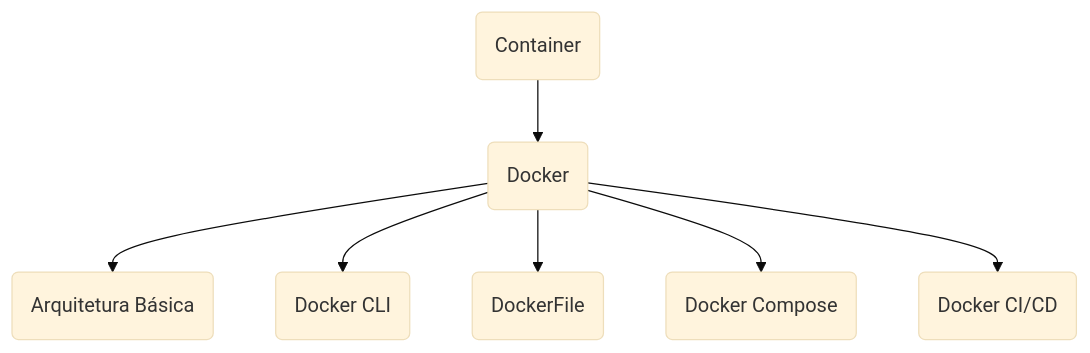
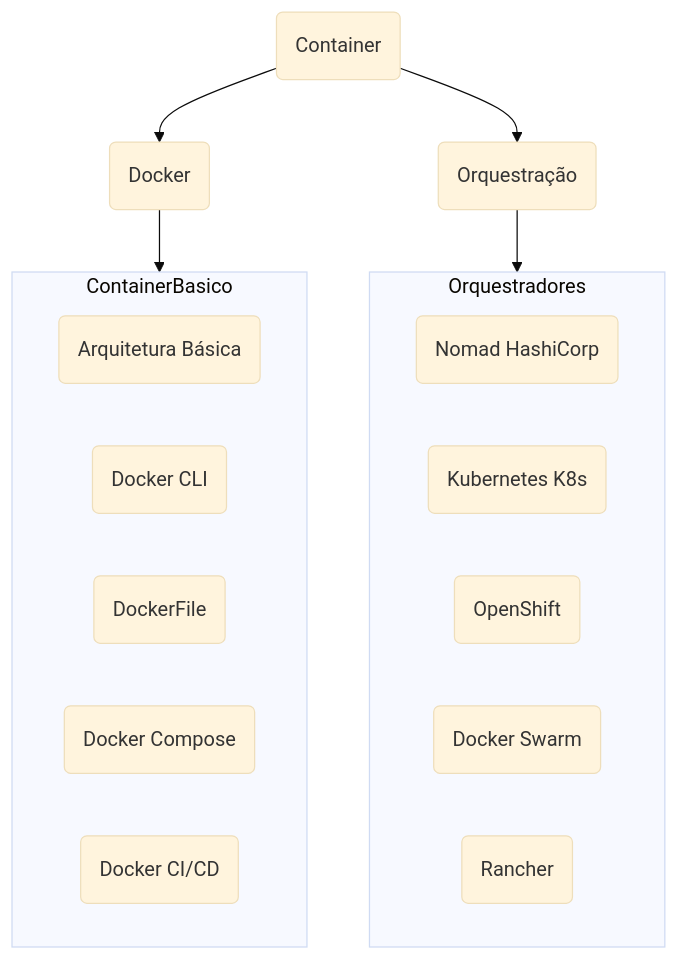
One commit to 60pportunities/documentacao changed the seventh of 17 diagrams in docs/recipe_60pportunities_felicidade_003.md. Above: the diagram before and after it, drawn with Mermaid (base theme). The commit also changed other lines of this file and 2 other files, not shown here.

````diff
--- a/docs/recipe_60pportunities_felicidade_003.md
+++ b/docs/recipe_60pportunities_felicidade_003.md
@@ -60,5 +81,21 @@
 ```mermaid
 flowchart TD
-   id7(Container)   --> id701(Docker)
-   id701        --> id70101(Arquitetura Básica) & id70102(Docker CLI) &  id70103(DockerFile) &  id70104(Docker Compose) &  id70105(Docker CI/CD)
+   id7(Container)   --> id701(Docker) & id702(Orquestração)
+
+  subgraph Orquestradores
+   id130101(Nomad HashiCorp)
+   id130102(Kubernetes K8s)
+   id130103(OpenShift)
+   id130104(Docker Swarm)
+   id130105(Rancher)
+  end
+  subgraph ContainerBasico
+   id70101(Arquitetura Básica)
+   id70102(Docker CLI)
+   id70103(DockerFile)
+   id70104(Docker Compose)
+   id70105(Docker CI/CD)
+  end
+  id701 --> ContainerBasico
+  id702 --> Orquestradores
 ```
````
